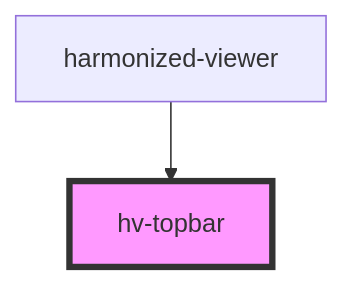
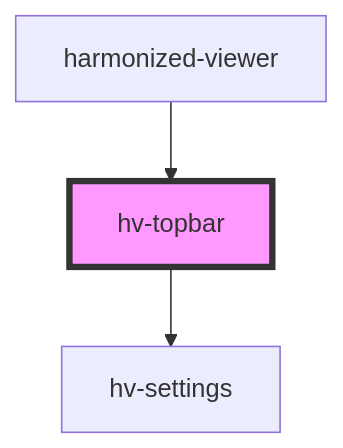
The diagram in src/components/topbar-component/readme.md (bac-lac/lac-harmonized-viewer), drawn with Mermaid before and after one commit. The commit also changed other lines of this file and 9 other files, not shown here.

````diff
--- a/src/components/topbar-component/readme.md
+++ b/src/components/topbar-component/readme.md
@@ -31,5 +35,6 @@
 ```mermaid
 graph TD;
+  hv-topbar --> hv-settings
   harmonized-viewer --> hv-topbar
   style hv-topbar fill:#f9f,stroke:#333,stroke-width:4px
 ```
````
